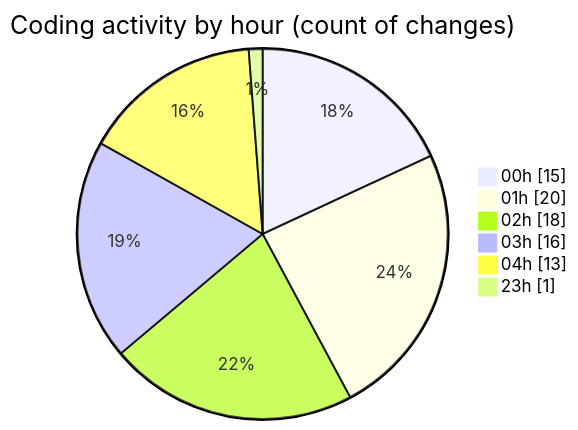
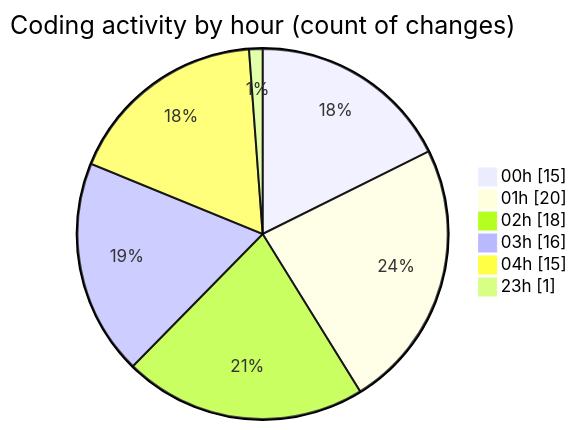
Before and after one commit to lephambinh05/code-tracking: the second of 2 diagrams in 2025-08-04/studybuddy/README.md, drawn with Mermaid. The commit also changed other lines of this file and 1 other file, not shown here.

````diff
--- a/2025-08-04/studybuddy/README.md
+++ b/2025-08-04/studybuddy/README.md
@@ -55,10 +55,10 @@
 ```mermaid
 pie showData
 title Coding activity by hour (count of changes)
 "00h" : 15
 "01h" : 20
 "02h" : 18
 "03h" : 16
-"04h" : 13
+"04h" : 15
 "23h" : 1
 ```
````
